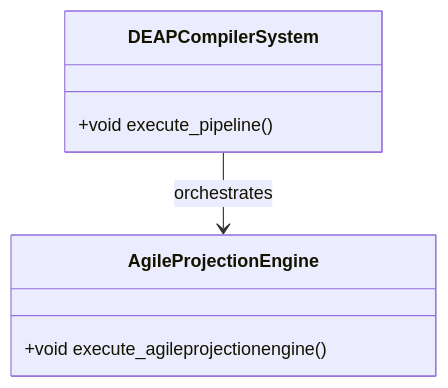
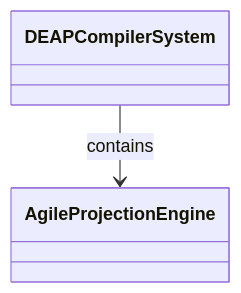
One commit to gintatkinson/dumpiler-01 changed the diagram in docs/features/FEAT-46-AgileProjectionEngine.md. Above: the diagram before and after it, drawn with Mermaid. The commit also changed other lines of this file and 101 other files, not shown here.

````diff
--- a/docs/features/FEAT-46-AgileProjectionEngine.md
+++ b/docs/features/FEAT-46-AgileProjectionEngine.md
@@ -25,10 +29,6 @@
 ```mermaid
 classDiagram
-    class DEAPCompilerSystem {
-        +void execute_pipeline()
-    }
-    class AgileProjectionEngine {
-        +void execute_agileprojectionengine()
-    }
-    DEAPCompilerSystem --> AgileProjectionEngine : orchestrates
+    class DEAPCompilerSystem
+    class AgileProjectionEngine
+    DEAPCompilerSystem --> AgileProjectionEngine : contains
 ```
````
